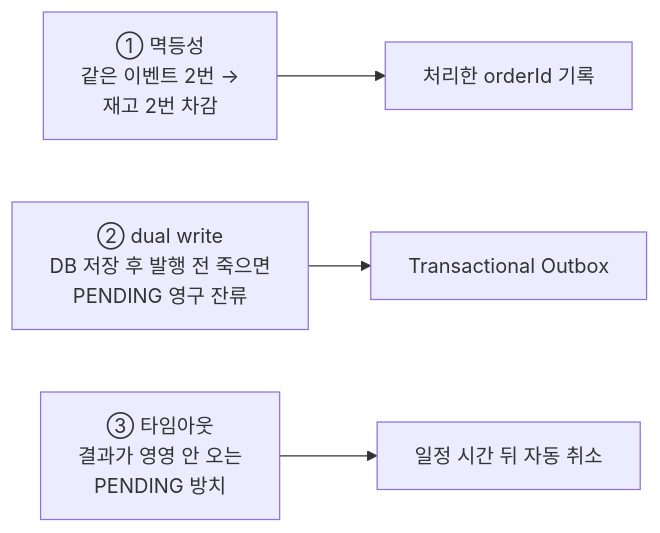
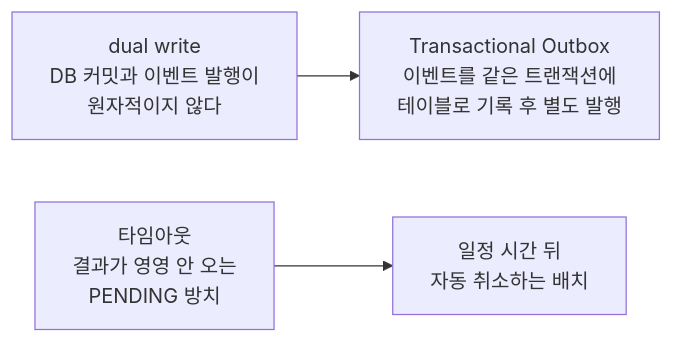
Diagram 20 of 22 in docs/msa-learning-note.md (Jin-dev92/springboot-simple-msa), drawn with Mermaid before and after one commit. The commit also changed other lines of this file and 6 other files, not shown here.

````diff
--- a/docs/msa-learning-note.md
+++ b/docs/msa-learning-note.md
@@ -933,6 +1006,5 @@
 ```mermaid
 flowchart LR
-    A["① 멱등성<br/>같은 이벤트 2번 →<br/>재고 2번 차감"] --> A2["처리한 orderId 기록"]
-    B["② dual write<br/>DB 저장 후 발행 전 죽으면<br/>PENDING 영구 잔류"] --> B2["Transactional Outbox"]
-    C["③ 타임아웃<br/>결과가 영영 안 오는<br/>PENDING 방치"] --> C2["일정 시간 뒤 자동 취소"]
+    B["dual write<br/>DB 커밋과 이벤트 발행이<br/>원자적이지 않다"] --> B2["Transactional Outbox<br/>이벤트를 같은 트랜잭션에<br/>테이블로 기록 후 별도 발행"]
+    C["타임아웃<br/>결과가 영영 안 오는<br/>PENDING 방치"] --> C2["일정 시간 뒤<br/>자동 취소하는 배치"]
 ```
````
